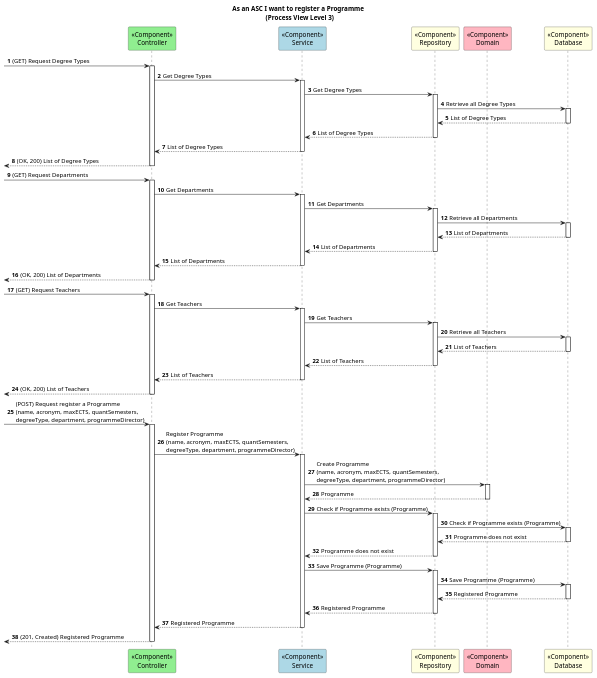
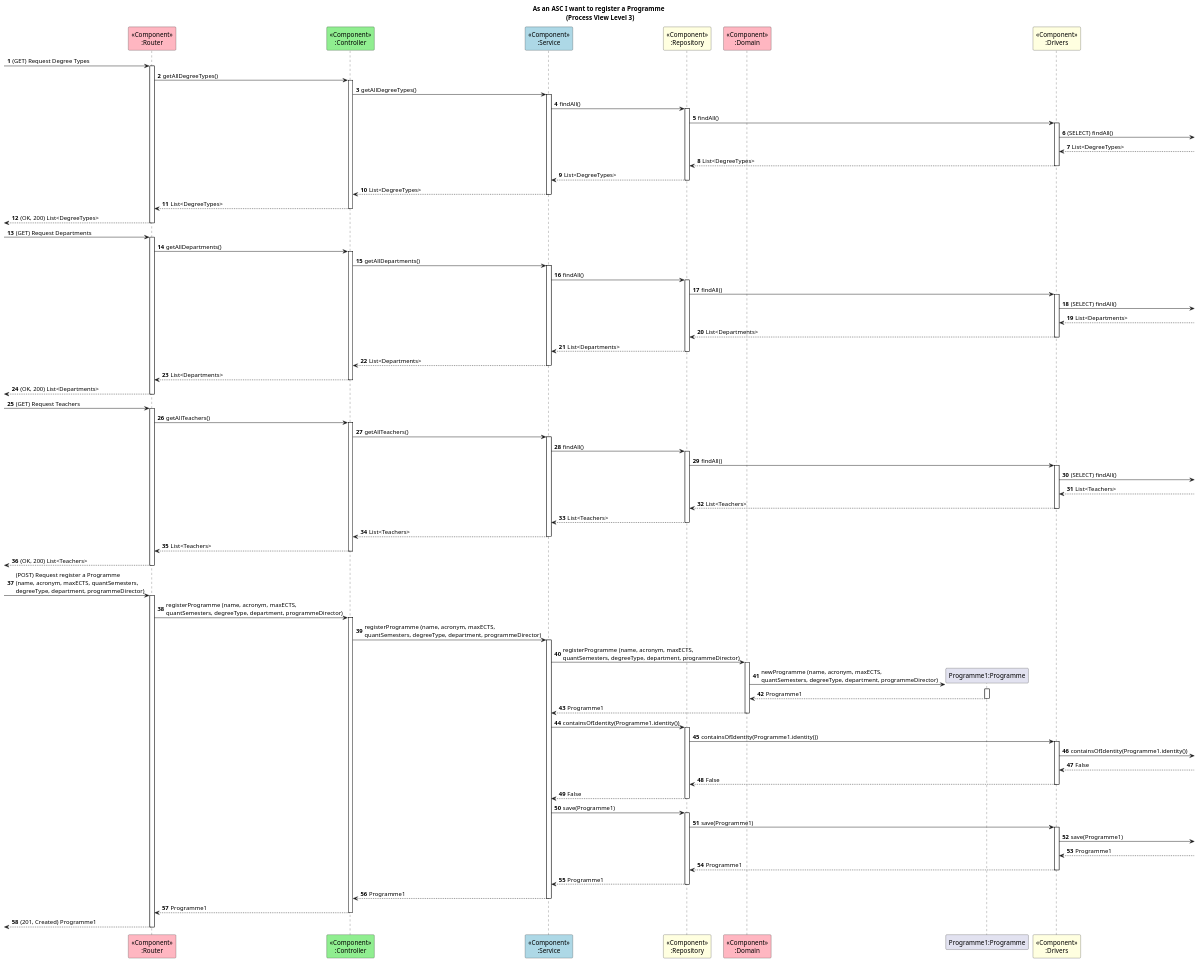
One commit to GasparISEP/DevOps-PAI changed the diagram in docs/US31/ProcessView/Level3.puml. Above: the diagram before and after it, drawn with PlantUML. The commit also changed 1 other file, not shown here.

Commit message:
Ref #505, #523: Made small corrections to ProcessView Level 1 and 2 diagrams

```diff
--- a/docs/US31/ProcessView/Level3.puml
+++ b/docs/US31/ProcessView/Level3.puml
@@ -1,65 +1,87 @@
 @startuml
 
 autonumber
 
 title As an ASC I want to register a Programme \n (Process View Level 3)
 
 
-
-participant "<<Component>>\nController" as C #lightgreen
-participant "<<Component>>\nService" as S #lightblue
-participant "<<Component>>\nRepository" as R #lightyellow
-participant "<<Component>>\nDomain" as D #lightpink
-participant "<<Component>>\nDatabase" as BD #lightyellow
+participant "<<Component>>\n:Router" as RT #lightpink
+participant "<<Component>>\n:Controller" as C #lightgreen
+participant "<<Component>>\n:Service" as S #lightblue
+participant "<<Component>>\n:Repository" as R #lightyellow
+participant "<<Component>>\n:Domain" as D #lightpink
+participant "Programme1:Programme" as P
+participant "<<Component>>\n:Drivers" as Drivers #lightyellow
 
 
- -> C ++: (GET) Request Degree Types
-C -> S ++: Get Degree Types
-S -> R ++: Get Degree Types
-R -> BD ++: Retrieve all Degree Types
-BD --> R --: List of Degree Types
-R --> S --: List of Degree Types
-S --> C --: List of Degree Types
- <-- C --: (OK, 200) List of Degree Types
+ -> RT ++: (GET) Request Degree Types
+ RT -> C ++: getAllDegreeTypes()
+C -> S ++: getAllDegreeTypes()
+S -> R ++: findAll()
+R -> Drivers ++: findAll()
+Drivers -> : (SELECT) findAll()
+Drivers <-- : List<DegreeTypes>
+Drivers --> R --: List<DegreeTypes>
+R --> S --: List<DegreeTypes>
+S --> C --: List<DegreeTypes>
+RT <-- C --: List<DegreeTypes>
+ <-- RT --: (OK, 200) List<DegreeTypes>
 
 
- -> C ++: (GET) Request Departments
-C -> S ++: Get Departments
-S -> R ++: Get Departments
-R -> BD ++: Retrieve all Departments
-BD --> R --: List of Departments
-R --> S --: List of Departments
-S --> C --: List of Departments
-<-- C --: (OK, 200) List of Departments
+ -> RT ++: (GET) Request Departments
+RT -> C ++: getAllDepartments()
+C -> S ++: getAllDepartments()
+S -> R ++: findAll()
+R -> Drivers ++: findAll()
+Drivers -> : (SELECT) findAll()
+Drivers <-- : List<Departments>
+Drivers --> R --: List<Departments>
+R --> S --: List<Departments>
+S --> C --: List<Departments>
+C --> RT --: List<Departments>
+<-- RT --: (OK, 200) List<Departments>
 
--> C ++: (GET) Request Teachers
-C -> S ++: Get Teachers
-S -> R ++: Get Teachers
-R -> BD ++: Retrieve all Teachers
-BD --> R --: List of Teachers
-R --> S --: List of Teachers
-S --> C --: List of Teachers
-<-- C --: (OK, 200) List of Teachers
+-> RT ++: (GET) Request Teachers
+RT -> C ++: getAllTeachers()
+C -> S ++: getAllTeachers()
+S -> R ++: findAll()
+R -> Drivers ++: findAll()
+Drivers -> : (SELECT) findAll()
+Drivers <-- : List<Teachers>
+Drivers --> R --: List<Teachers>
+R --> S --: List<Teachers>
+S --> C --: List<Teachers>
+C --> RT --: List<Teachers>
+<-- RT --: (OK, 200) List<Teachers>
 
--> C ++: (POST) Request register a Programme \n(name, acronym, maxECTS, quantSemesters, \ndegreeType, department, programmeDirector)
+-> RT ++: (POST) Request register a Programme \n(name, acronym, maxECTS, quantSemesters, \ndegreeType, department, programmeDirector)
 
+RT -> C ++: registerProgramme (name, acronym, maxECTS, \nquantSemesters, degreeType, department, programmeDirector)
+C -> S ++: registerProgramme (name, acronym, maxECTS, \nquantSemesters, degreeType, department, programmeDirector)
 
-C -> S ++: Register Programme \n(name, acronym, maxECTS, quantSemesters, \ndegreeType, department, programmeDirector)
+S -> D ++: registerProgramme (name, acronym, maxECTS, \nquantSemesters, degreeType, department, programmeDirector)
+D -> P** : newProgramme (name, acronym, maxECTS, \nquantSemesters, degreeType, department, programmeDirector)
+activate P
+P --> D: Programme1
+deactivate P
+D --> S --: Programme1
 
-S -> D ++: Create Programme \n(name, acronym, maxECTS, quantSemesters, \ndegreeType, department, programmeDirector)
-D --> S --: Programme
+S -> R ++: containsOfIdentity(Programme1.identity())
+R -> Drivers ++: containsOfIdentity(Programme1.identity())
+Drivers -> : containsOfIdentity(Programme1.identity())
+Drivers <-- : False
+Drivers --> R --: False
+R --> S --: False
 
-S -> R ++: Check if Programme exists (Programme)
-R -> BD ++: Check if Programme exists (Programme)
-BD --> R --: Programme does not exist
-R --> S --: Programme does not exist
+S -> R ++: save(Programme1)
+R -> Drivers ++: save(Programme1)
+Drivers -> : save(Programme1)
+Drivers <-- : Programme1
+Drivers --> R --: Programme1
+R --> S --: Programme1
 
-S -> R ++: Save Programme (Programme)
-R -> BD ++: Save Programme (Programme)
-BD --> R --: Registered Programme
-R --> S --: Registered Programme
-
-S --> C --: Registered Programme
-<-- C --: (201, Created) Registered Programme
+S --> C --: Programme1
+C --> RT --: Programme1
+<-- RT --: (201, Created) Programme1
 
 @enduml
```
